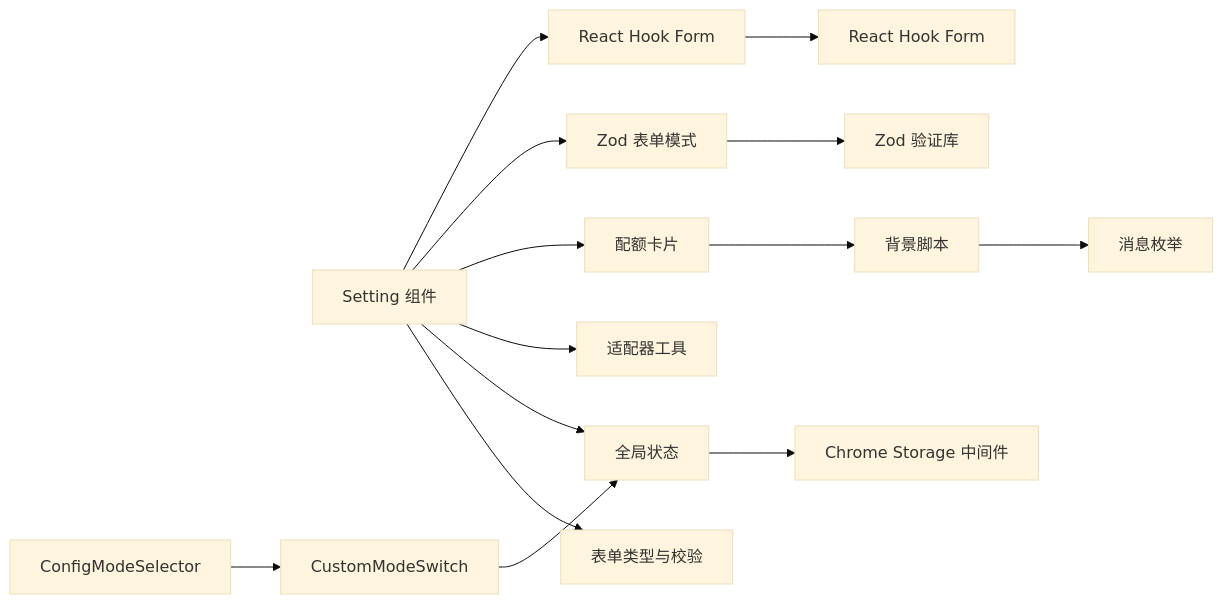
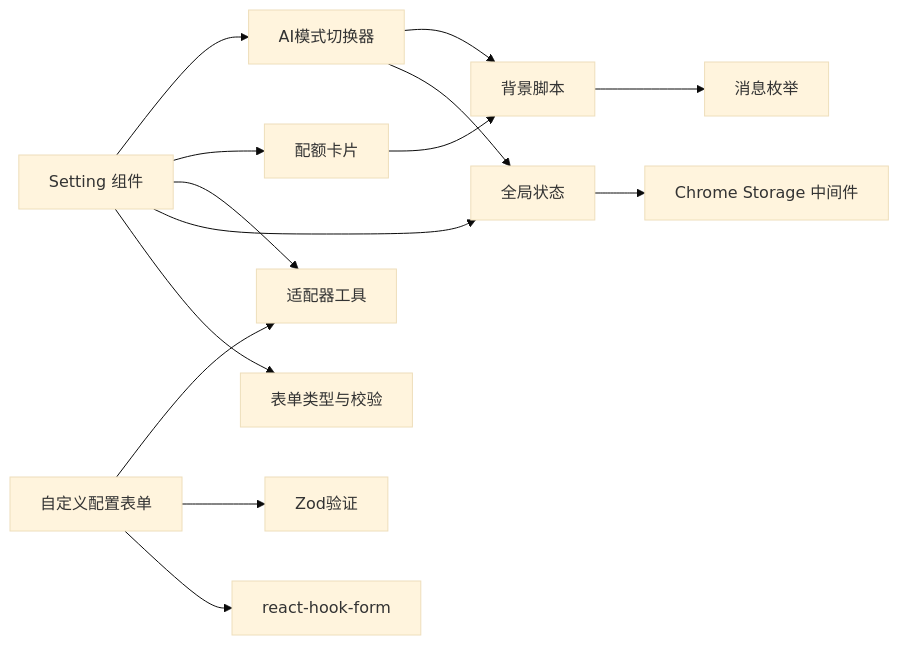
The eighth of 8 diagrams in .qoder/repowiki/zh/content/核心功能模块/配置管理系统.md (RadiumAg/bilibili-favorites), drawn with Mermaid (base theme) before and after one commit. The commit also changed other lines of this file and 27 other files, not shown here.

````diff
--- a/.qoder/repowiki/zh/content/核心功能模块/配置管理系统.md
+++ b/.qoder/repowiki/zh/content/核心功能模块/配置管理系统.md
@@ -369,16 +372,16 @@
 ```mermaid
 graph LR
 Setting["Setting 组件"] --> Types["表单类型与校验"]
 Setting --> Store["全局状态"]
 Setting --> Util["适配器工具"]
 Setting --> Quota["配额卡片"]
-Setting --> FormSchema["Zod 表单模式"]
-Setting --> FormProvider["React Hook Form"]
-ConfigMode["ConfigModeSelector"] --> CustomModeSwitch["CustomModeSwitch"]
-CustomModeSwitch --> Store
-Quota --> BG["背景脚本"]
+Setting --> Switch["AI模式切换器"]
+Switch --> Store
+Switch --> BG["背景脚本"]
+Quota --> BG
 BG --> Msg["消息枚举"]
 Store --> MW["Chrome Storage 中间件"]
-FormSchema --> Zod["Zod 验证库"]
-FormProvider --> ReactHookForm["React Hook Form"]
+CustomForm["自定义配置表单"] --> ReactHookForm["react-hook-form"]
+CustomForm --> ZodValidation["Zod验证"]
+CustomForm --> Util
 ```
````
